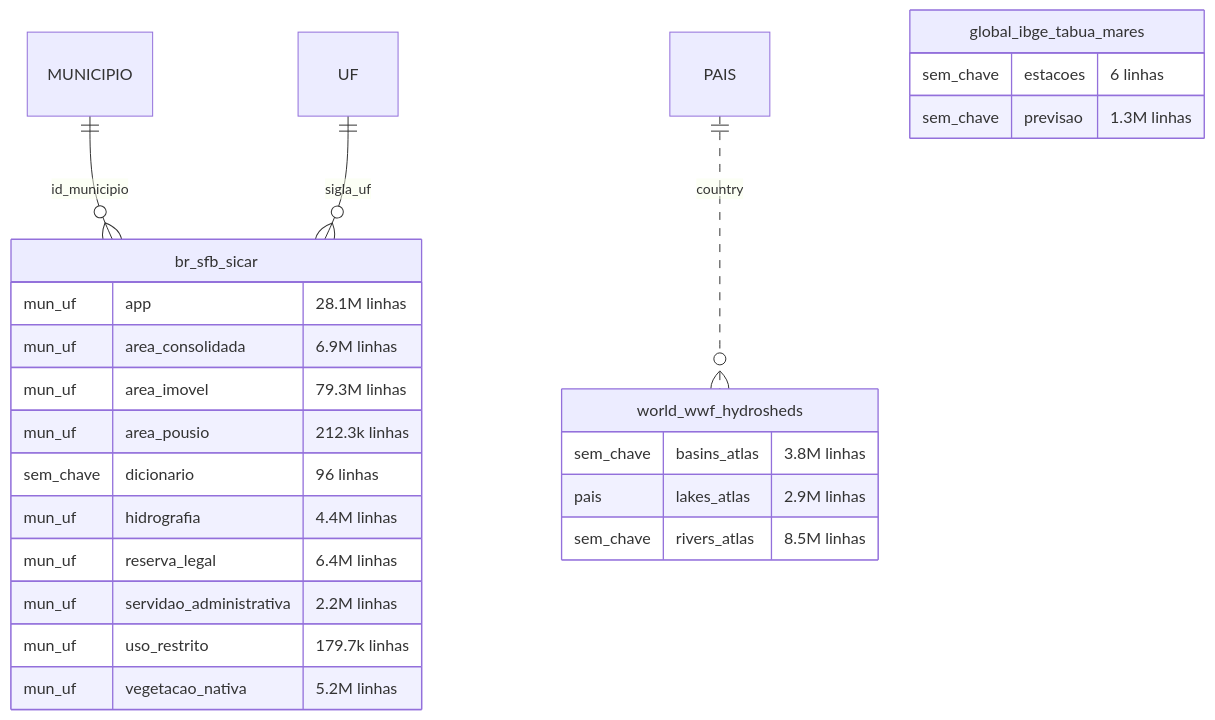
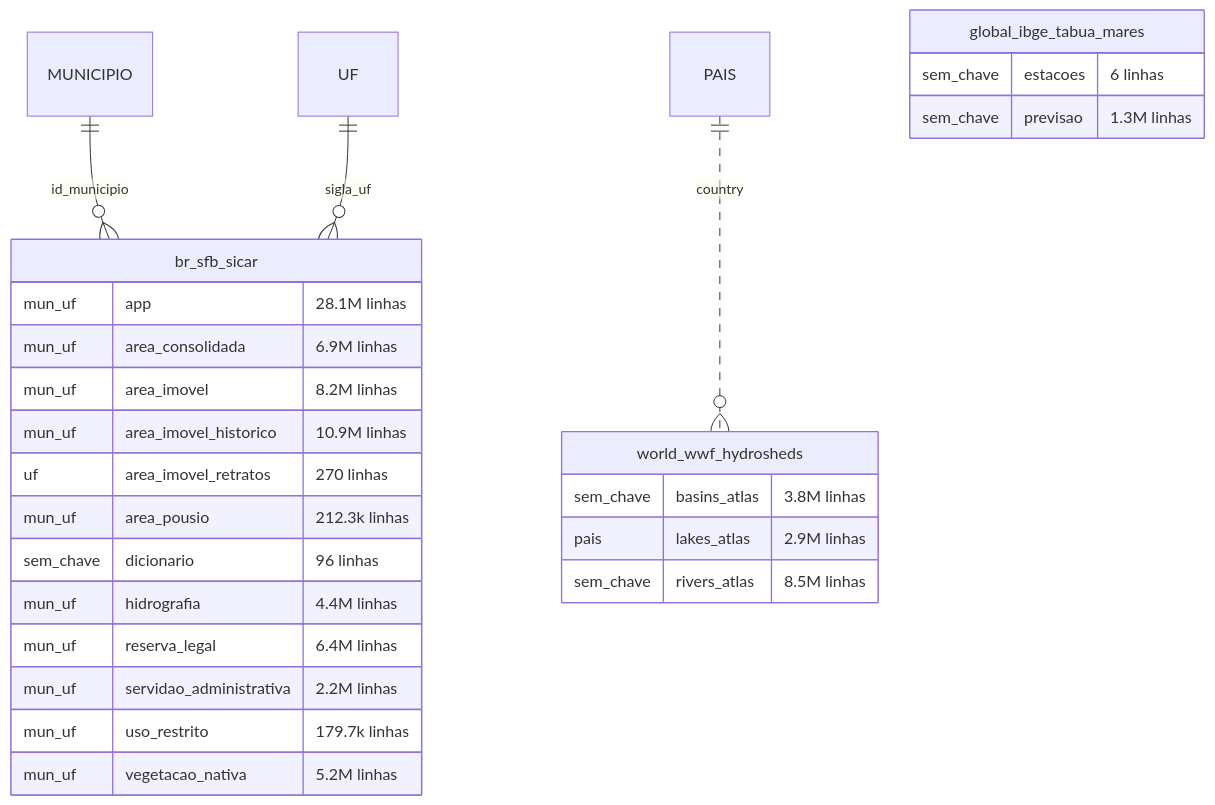
One commit to rafapolo/rodado changed diagram 25 of 37 in docs/mapa/ERD.md. Above: the diagram before and after it, drawn with Mermaid. The commit also changed other lines of this file and 40 other files, not shown here.

````diff
--- a/docs/mapa/ERD.md
+++ b/docs/mapa/ERD.md
@@ -2346,27 +2346,29 @@
 ```mermaid
 erDiagram
     MUNICIPIO ||--o{ br_sfb_sicar : "id_municipio"
     UF ||--o{ br_sfb_sicar : "sigla_uf"
     PAIS ||..o{ world_wwf_hydrosheds : "country"
     br_sfb_sicar {
         mun_uf app "28.1M linhas"
         mun_uf area_consolidada "6.9M linhas"
-        mun_uf area_imovel "79.3M linhas"
+        mun_uf area_imovel "8.2M linhas"
+        mun_uf area_imovel_historico "10.9M linhas"
+        uf area_imovel_retratos "270 linhas"
         mun_uf area_pousio "212.3k linhas"
         sem_chave dicionario "96 linhas"
         mun_uf hidrografia "4.4M linhas"
         mun_uf reserva_legal "6.4M linhas"
         mun_uf servidao_administrativa "2.2M linhas"
         mun_uf uso_restrito "179.7k linhas"
         mun_uf vegetacao_nativa "5.2M linhas"
     }
     global_ibge_tabua_mares {
         sem_chave estacoes "6 linhas"
         sem_chave previsao "1.3M linhas"
     }
     world_wwf_hydrosheds {
         sem_chave basins_atlas "3.8M linhas"
         pais lakes_atlas "2.9M linhas"
         sem_chave rivers_atlas "8.5M linhas"
     }
 ```
````
